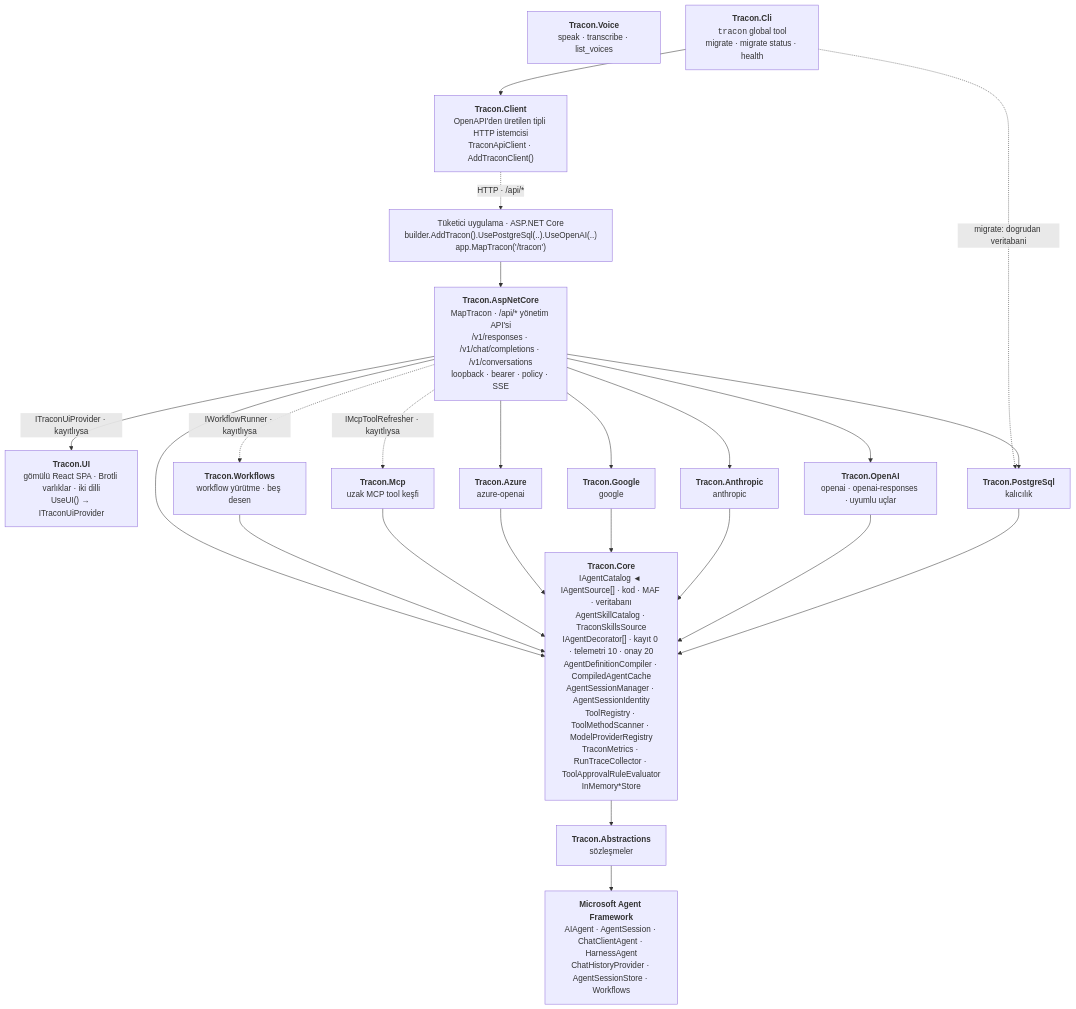
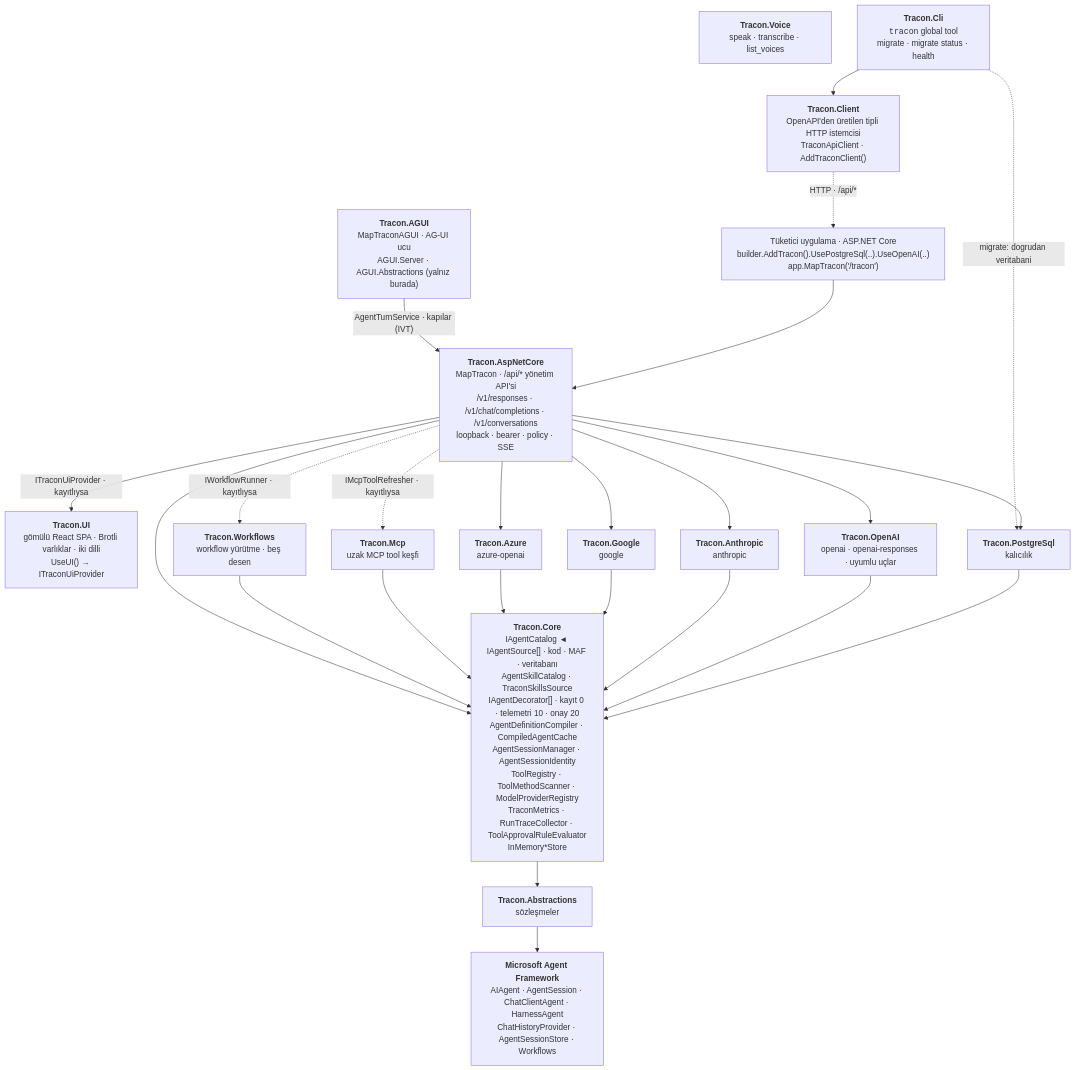
One commit to farukatasoy/Tracon changed the first of 7 diagrams in docs/MIMARI.md. Above: the diagram before and after it, drawn with Mermaid. The commit also changed other lines of this file and 30 other files, not shown here.

````diff
--- a/docs/MIMARI.md
+++ b/docs/MIMARI.md
@@ -44,48 +44,51 @@
 ```mermaid
 flowchart TD
     T["Tüketici uygulama · ASP.NET Core<br/>builder.AddTracon().UsePostgreSql(..).UseOpenAI(..)<br/>app.MapTracon('/tracon')"]
 
     UI["<b>Tracon.UI</b><br/>gömülü React SPA · Brotli varlıklar · iki dilli<br/>UseUI() → ITraconUiProvider"]
+
+    AG["<b>Tracon.AGUI</b><br/>MapTraconAGUI · AG-UI ucu<br/>AGUI.Server · AGUI.Abstractions (yalnız burada)"]
 
     HTTP["<b>Tracon.AspNetCore</b><br/>MapTracon · /api/* yönetim API'si<br/>/v1/responses · /v1/chat/completions · /v1/conversations<br/>loopback · bearer · policy · SSE"]
 
     PG["<b>Tracon.PostgreSql</b><br/>kalıcılık"]
     OA["<b>Tracon.OpenAI</b><br/>openai · openai-responses · uyumlu uçlar"]
     AN["<b>Tracon.Anthropic</b><br/>anthropic"]
     GO["<b>Tracon.Google</b><br/>google"]
     AZ["<b>Tracon.Azure</b><br/>azure-openai"]
     VO["<b>Tracon.Voice</b><br/>speak · transcribe · list_voices"]
     MCP["<b>Tracon.Mcp</b><br/>uzak MCP tool keşfi"]
     WF["<b>Tracon.Workflows</b><br/>workflow yürütme · beş desen"]
 
     CORE["<b>Tracon.Core</b><br/>IAgentCatalog ◄ IAgentSource[] · kod · MAF · veritabanı<br/>AgentSkillCatalog · TraconSkillsSource<br/>IAgentDecorator[] · kayıt 0 · telemetri 10 · onay 20<br/>AgentDefinitionCompiler · CompiledAgentCache<br/>AgentSessionManager · AgentSessionIdentity<br/>ToolRegistry · ToolMethodScanner · ModelProviderRegistry<br/>TraconMetrics · RunTraceCollector · ToolApprovalRuleEvaluator<br/>InMemory*Store"]
 
     ABS["<b>Tracon.Abstractions</b><br/>sözleşmeler"]
 
     MAF["<b>Microsoft Agent Framework</b><br/>AIAgent · AgentSession · ChatClientAgent · HarnessAgent<br/>ChatHistoryProvider · AgentSessionStore · Workflows"]
 
     CLIENT["<b>Tracon.Client</b><br/>OpenAPI'den üretilen tipli HTTP istemcisi<br/>TraconApiClient · AddTraconClient()"]
     CLI["<b>Tracon.Cli</b><br/><code>tracon</code> global tool<br/>migrate · migrate status · health"]
 
     T --> HTTP
     HTTP -->|"ITraconUiProvider · kayıtlıysa"| UI
+    AG -->|"AgentTurnService · kapılar (IVT)"| HTTP
     HTTP --> PG
     HTTP --> OA
     HTTP --> AN
     HTTP --> GO
     HTTP --> AZ
     HTTP -.->|"IMcpToolRefresher · kayıtlıysa"| MCP
     HTTP -.->|"IWorkflowRunner · kayıtlıysa"| WF
     PG --> CORE
     OA --> CORE
     AN --> CORE
     GO --> CORE
     AZ --> CORE
     MCP --> CORE
     WF --> CORE
     HTTP --> CORE
     CORE --> ABS --> MAF
     CLIENT -.->|"HTTP · /api/*"| T
     CLI --> CLIENT
     CLI -.->|"migrate: dogrudan veritabani"| PG
 ```
````
